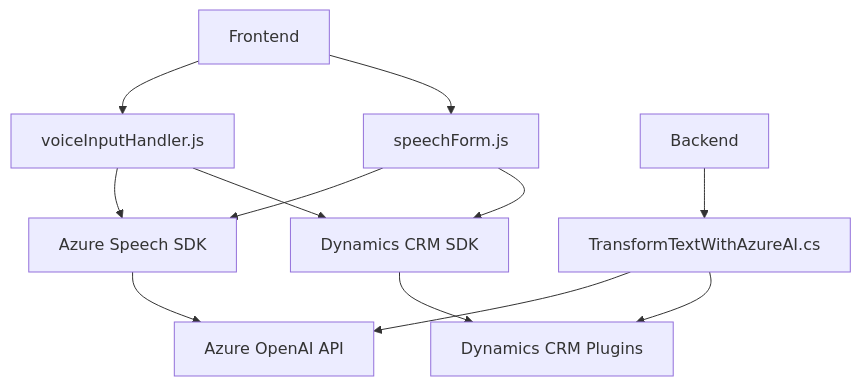
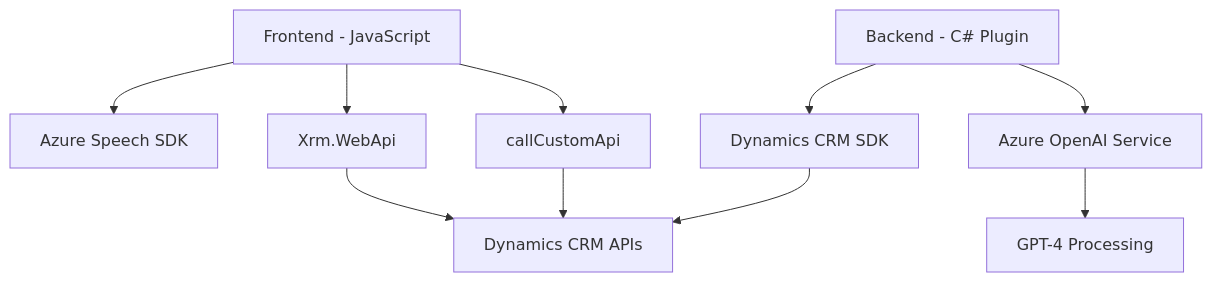
Before and after one commit to blopezdm/NETCORE_BILBAO2025: the diagram in README.md, drawn with Mermaid. The commit also changed other lines of this file, not shown here.

````diff
--- a/README.md
+++ b/README.md
@@ -34,24 +27,12 @@
 ```mermaid
 graph TD
-    A["Frontend"]
-    B["voiceInputHandler.js"]
-    C["speechForm.js"]
-    D["Azure Speech SDK"]
-    E["Dynamics CRM SDK"]
-    F["Backend"]
-    G["TransformTextWithAzureAI.cs"]
-    H["Azure OpenAI API"]
-    I["Dynamics CRM Plugins"]
-
-    A --> B
-    A --> C
-    B --> D
-    B --> E
-    C --> D
-    C --> E
-    F --> G
-    G --> H
-    G --> I
-    E --> I
-    D --> H
+    A["Frontend - JavaScript"] --> B["Azure Speech SDK"]
+    A --> C["Xrm.WebApi"]
+    A --> D["callCustomApi"]
+    F["Backend - C# Plugin"] --> G["Dynamics CRM SDK"]
+    F --> H["Azure OpenAI Service"]
+    C --> J["Dynamics CRM APIs"]
+    D --> J
+    G --> J
+    H --> K["GPT-4 Processing"]
 ```
````
